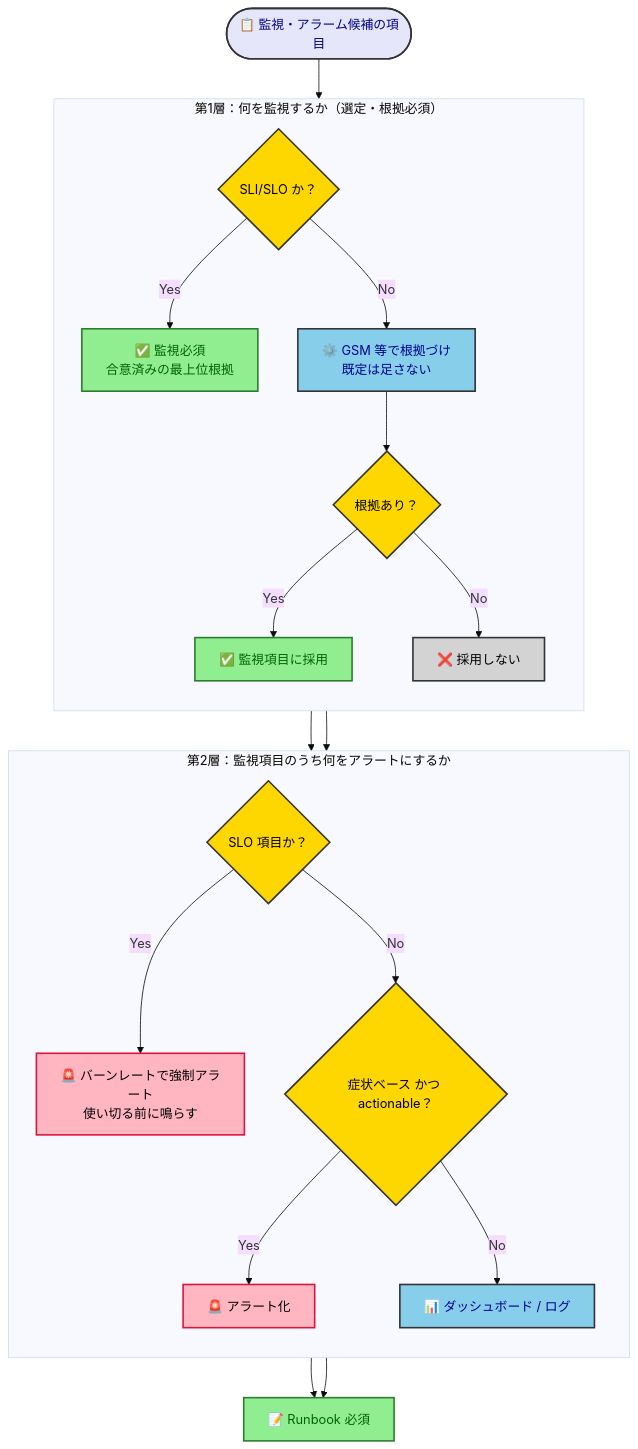
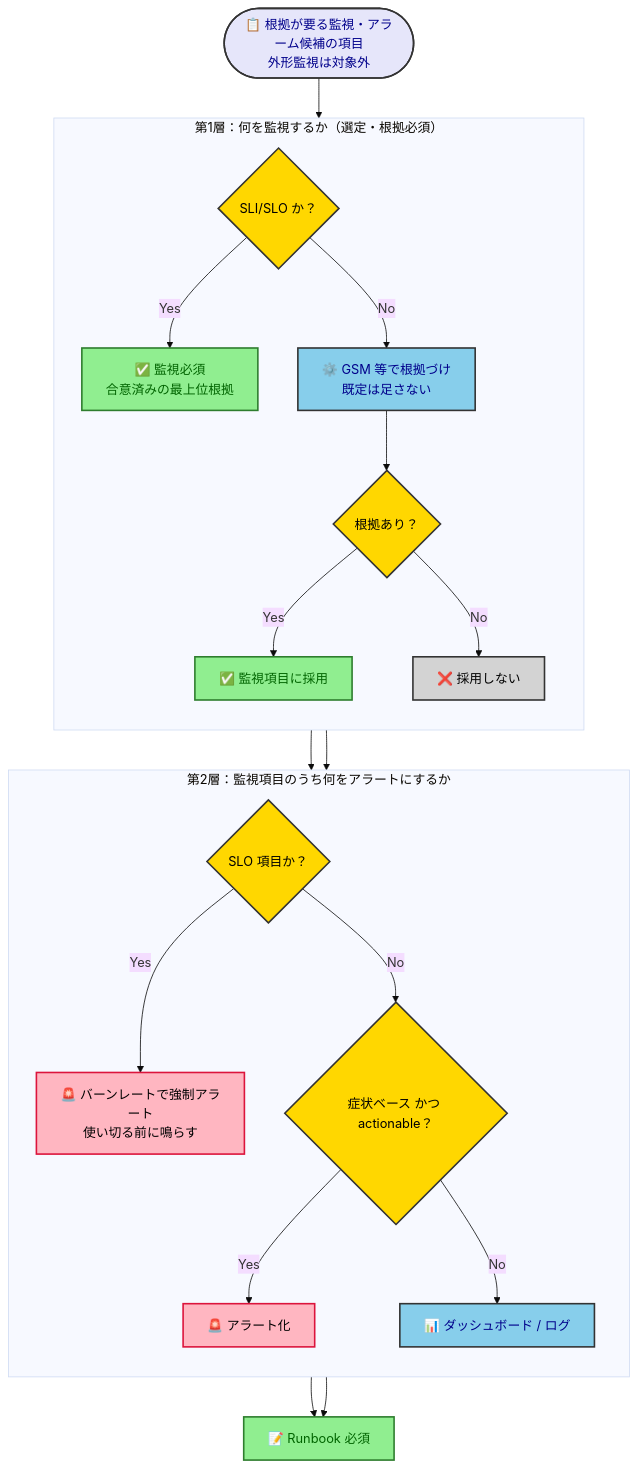
One commit to kasiopeiya/claude-dev-template changed the diagram in docs/policy/monitoring-policy.md. Above: the diagram before and after it, drawn with Mermaid (base theme). The commit also changed 6 other files, not shown here.

````diff
--- a/docs/policy/monitoring-policy.md
+++ b/docs/policy/monitoring-policy.md
@@ -23,41 +23,41 @@
 ```mermaid
 flowchart TD
     subgraph L1 ["第1層：何を監視するか（選定・根拠必須）"]
         direction TB
         Q1{SLI/SLO か？}
         Q1 -->|Yes| Must[✅ 監視必須<br/>合意済みの最上位根拠]
         Q1 -->|No| GSM[⚙️ GSM 等で根拠づけ<br/>既定は足さない]
         GSM --> Q2{根拠あり？}
         Q2 -->|Yes| Adopt[✅ 監視項目に採用]
         Q2 -->|No| Drop[❌ 採用しない]
     end
 
     subgraph L2 ["第2層：監視項目のうち何をアラートにするか"]
         direction TB
         Q3{SLO 項目か？}
         Q3 -->|Yes| Burn[🚨 バーンレートで強制アラート<br/>使い切る前に鳴らす]
         Q3 -->|No| Q4{症状ベース かつ actionable？}
         Q4 -->|Yes| Alert[🚨 アラート化]
         Q4 -->|No| Dash[📊 ダッシュボード / ログ]
     end
 
-    Start([📋 監視・アラーム候補の項目]) --> Q1
+    Start([📋 根拠が要る監視・アラーム候補の項目<br/>外形監視は対象外]) --> Q1
     Must --> Q3
     Adopt --> Q3
     Burn --> RB[📝 Runbook 必須]
     Alert --> RB
 
     classDef startNode fill:#E6E6FA,stroke:#333,stroke-width:2px,color:darkblue
     classDef decision fill:#FFD700,stroke:#333,stroke-width:2px,color:black
     classDef must fill:#90EE90,stroke:#2E7D2E,stroke-width:2px,color:darkgreen
     classDef alarm fill:#FFB6C1,stroke:#DC143C,stroke-width:2px,color:black
     classDef info fill:#87CEEB,stroke:#333,stroke-width:2px,color:darkblue
     classDef drop fill:#D3D3D3,stroke:#333,stroke-width:2px,color:black
 
     class Start startNode
     class Q1,Q2,Q3,Q4 decision
     class Must,Adopt,RB must
     class Burn,Alert alarm
     class GSM,Dash info
     class Drop drop
 ```
````
